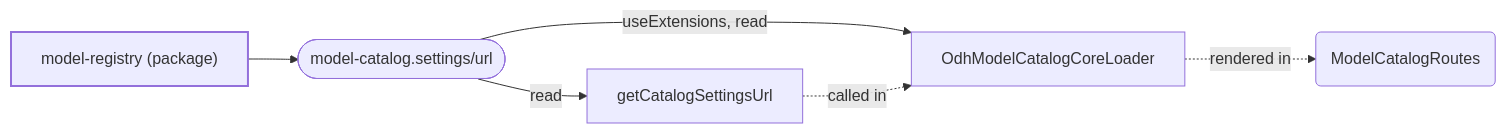
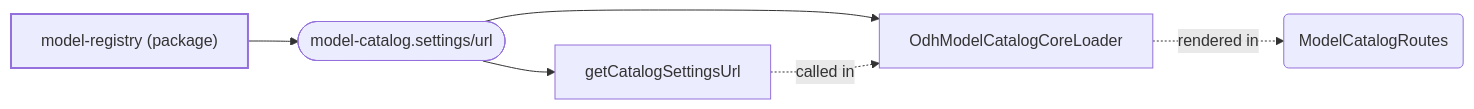
One commit to mturley/odh-dashboard changed the third of 10 diagrams in packages/model-registry/docs/extensions.md. Above: the diagram before and after it, drawn with Mermaid. The commit also changed other lines of this file and 28 other files, not shown here.

````diff
--- a/packages/model-registry/docs/extensions.md
+++ b/packages/model-registry/docs/extensions.md
@@ -153,15 +252,15 @@
 ```mermaid
 flowchart LR
   classDef pkg stroke-width:2px
   classDef point stroke-width:1px
   n_pkg__odh_dashboard_model_registry_1fc815["model-registry (package)"]:::pkg
   n_model_catalog_settings_url_c9f659(["model-catalog.settings/url"]):::point
   n_pkg__odh_dashboard_model_registry_1fc815 --> n_model_catalog_settings_url_c9f659
   n_symbol_packages_model_registry_upstream_frontend_src_odh_components_OdhModelCatalogCoreLoader_tsx_OdhModelCatalogCoreLoader_caa324["OdhModelCatalogCoreLoader"]
-  n_model_catalog_settings_url_c9f659 -- "useExtensions, read" --> n_symbol_packages_model_registry_upstream_frontend_src_odh_components_OdhModelCatalogCoreLoader_tsx_OdhModelCatalogCoreLoader_caa324
+  n_model_catalog_settings_url_c9f659 --> n_symbol_packages_model_registry_upstream_frontend_src_odh_components_OdhModelCatalogCoreLoader_tsx_OdhModelCatalogCoreLoader_caa324
   n_symbol_packages_model_registry_upstream_frontend_src_odh_components_OdhModelCatalogCoreLoader_tsx_getCatalogSettingsUrl_d73fd6["getCatalogSettingsUrl"]
-  n_model_catalog_settings_url_c9f659 -- "read" --> n_symbol_packages_model_registry_upstream_frontend_src_odh_components_OdhModelCatalogCoreLoader_tsx_getCatalogSettingsUrl_d73fd6
+  n_model_catalog_settings_url_c9f659 --> n_symbol_packages_model_registry_upstream_frontend_src_odh_components_OdhModelCatalogCoreLoader_tsx_getCatalogSettingsUrl_d73fd6
   n_symbol_packages_model_registry_upstream_frontend_src_app_pages_modelCatalog_ModelCatalogRoutes_tsx_ModelCatalogRoutes_b582db("ModelCatalogRoutes")
   n_symbol_packages_model_registry_upstream_frontend_src_odh_components_OdhModelCatalogCoreLoader_tsx_OdhModelCatalogCoreLoader_caa324 -. "rendered in" .-> n_symbol_packages_model_registry_upstream_frontend_src_app_pages_modelCatalog_ModelCatalogRoutes_tsx_ModelCatalogRoutes_b582db
   n_symbol_packages_model_registry_upstream_frontend_src_odh_components_OdhModelCatalogCoreLoader_tsx_getCatalogSettingsUrl_d73fd6 -. "called in" .-> n_symbol_packages_model_registry_upstream_frontend_src_odh_components_OdhModelCatalogCoreLoader_tsx_OdhModelCatalogCoreLoader_caa324
 ```
````
